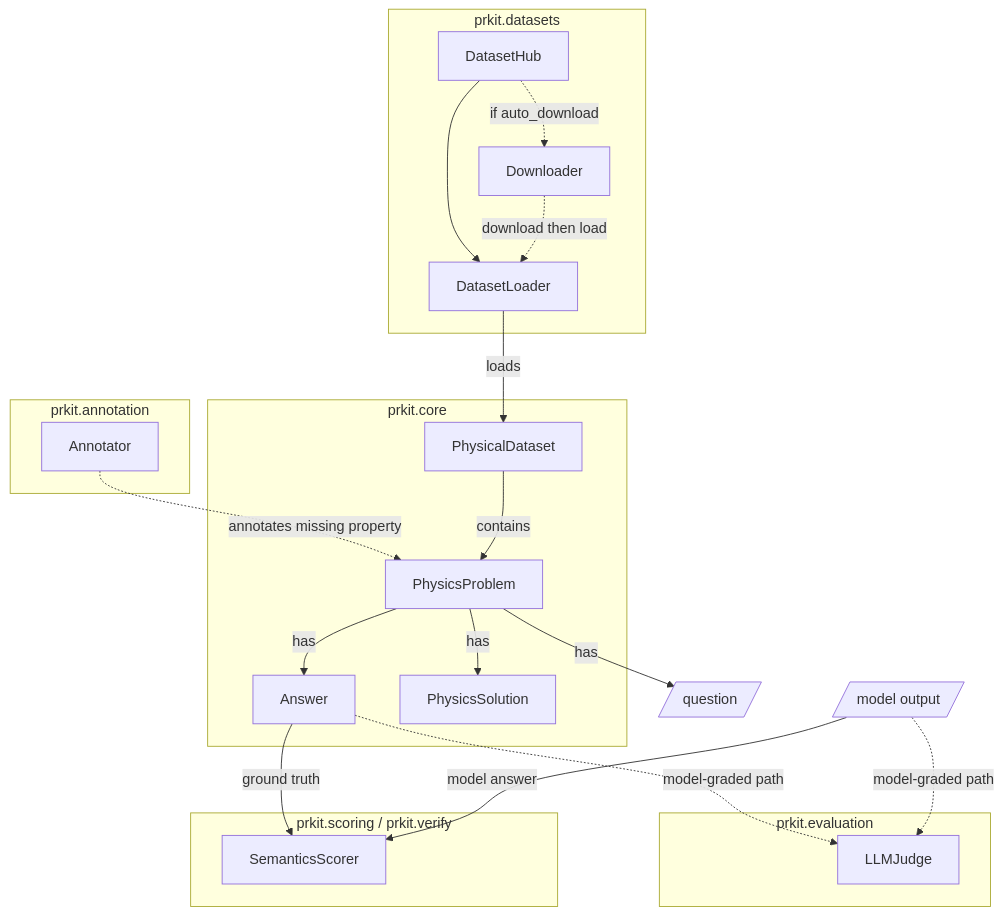
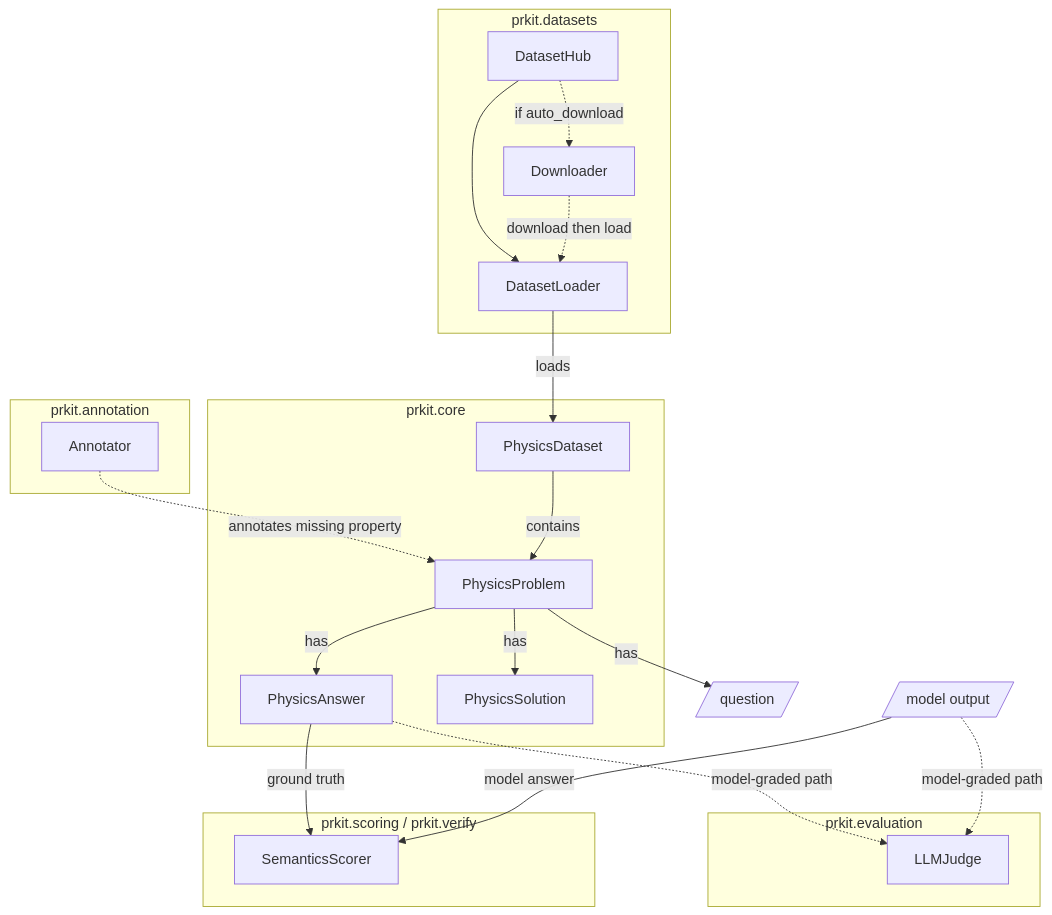
One commit to sherryzyh/physical_reasoning_toolkit changed the diagram in docs/CORE.md. Above: the diagram before and after it, drawn with Mermaid. The commit also changed other lines of this file and 59 other files, not shown here.

First line of the commit message:
Rename the Answer and PhysicalDataset domain classes to Physics*

````diff
--- a/docs/CORE.md
+++ b/docs/CORE.md
@@ -381,47 +381,47 @@
 ```mermaid
 flowchart TB
 
     subgraph annotation["prkit.annotation"]
         ANO[Annotator]
     end
 
 
     subgraph core["prkit.core"]
-        PD[PhysicalDataset]
+        PD[PhysicsDataset]
         PP[PhysicsProblem]
-        AN[Answer]
+        AN[PhysicsAnswer]
         PS[PhysicsSolution]
     end
 
     subgraph evaluation["prkit.evaluation"]
         LLJ[LLMJudge]
     end
 
     subgraph scoring["prkit.scoring / prkit.verify"]
         SC[SemanticsScorer]
     end
 
     subgraph datasets["prkit.datasets"]
         DH[DatasetHub]
         DSL[DatasetLoader]
         DD[Downloader]
     end
 
     ANO -.->|annotates missing property| PP
 
     DH --> DSL
     DSL -->| loads | PD
     DH -.->|if auto_download| DD
     DD -.->|download then load| DSL
 
     PD -->|contains| PP
     PP -->|has| Q[/question/]
     PP -->|has| AN
     PP -->|has| PS
 
     AN -->|ground truth| SC
     MO[/model output/] -->|model answer| SC
     AN -.->|model-graded path| LLJ
     MO -.->|model-graded path| LLJ
 
 ```
````
